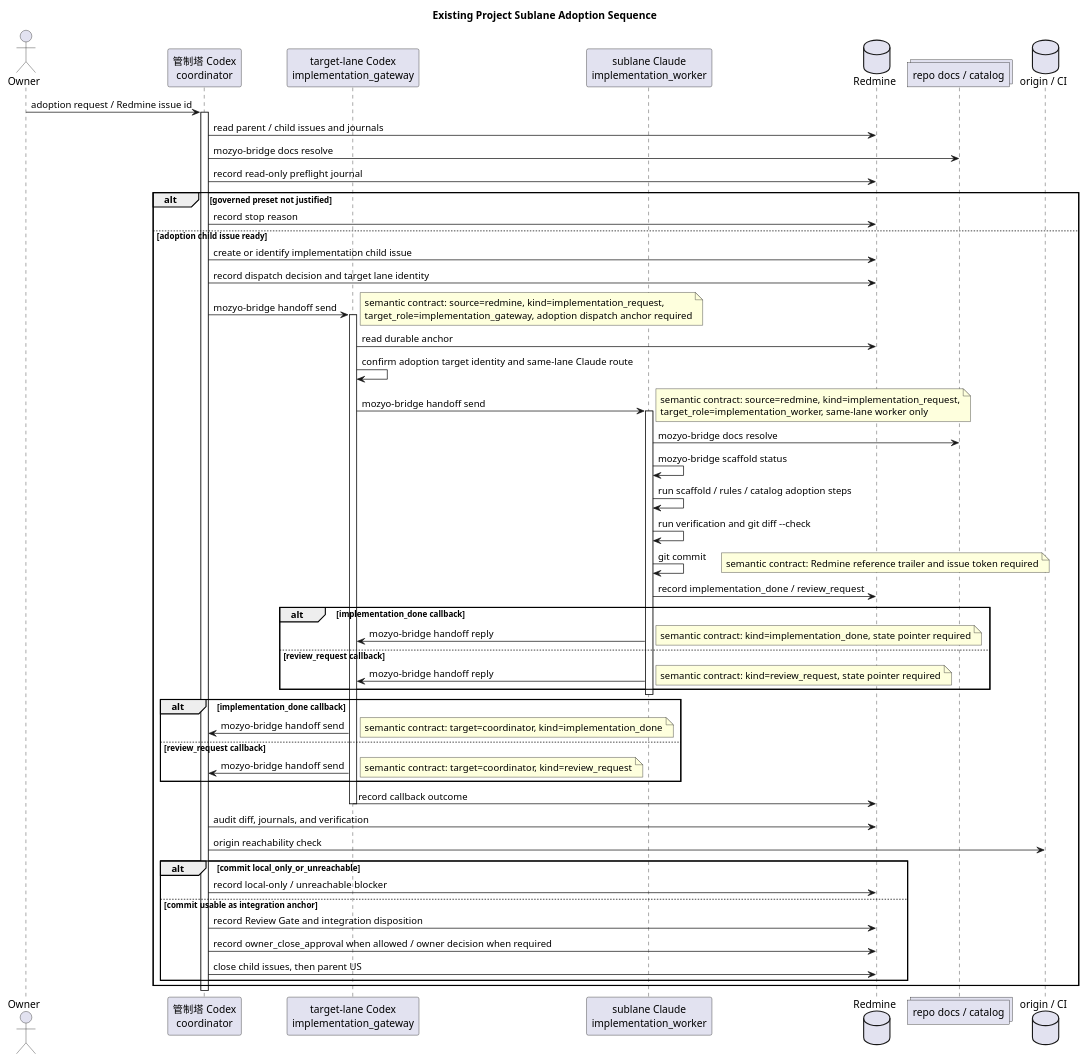
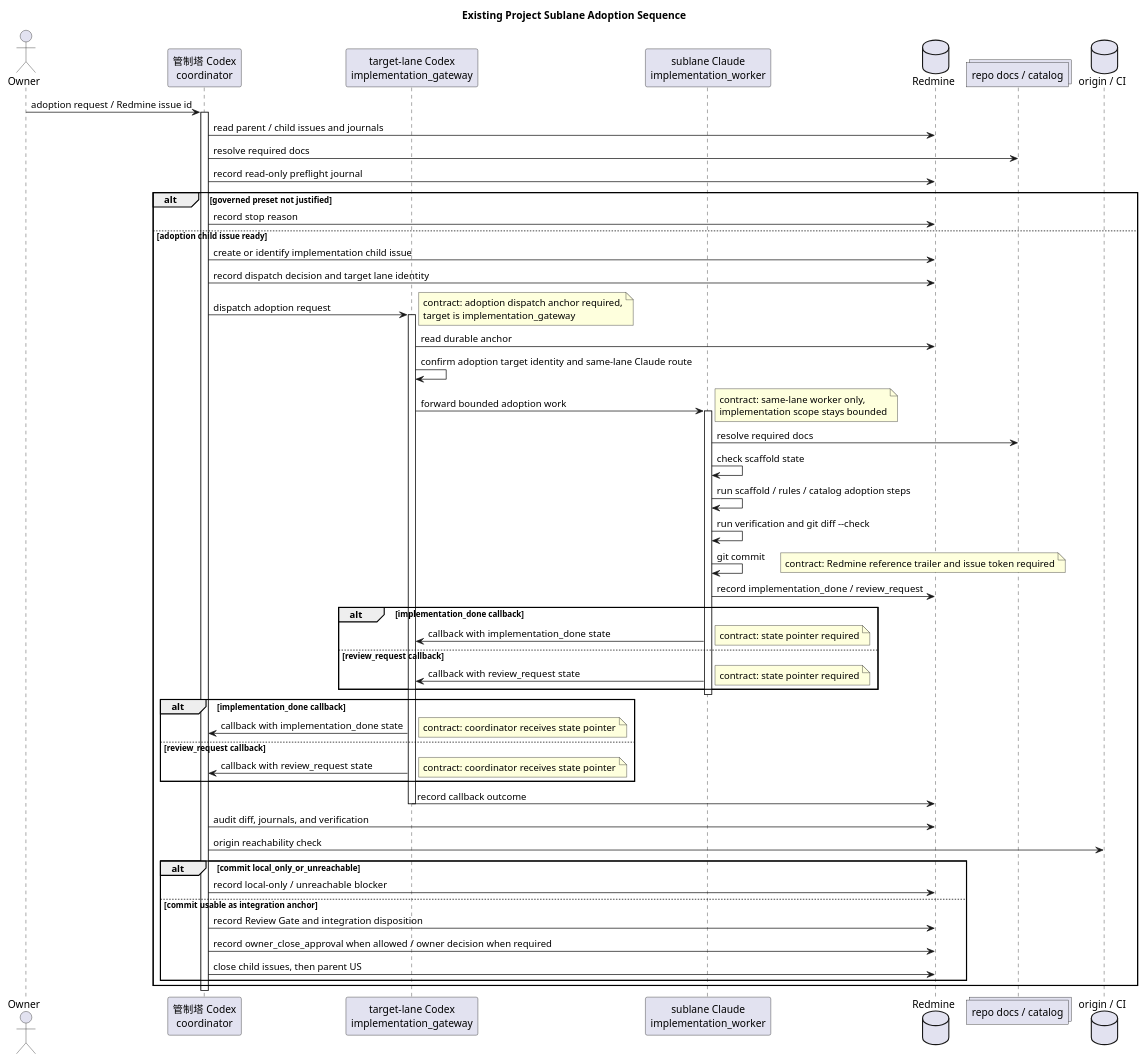
One commit to hollySizzle/mozyo_bridge changed the diagram in vibes/docs/logics/existing-project-sublane-adoption.md. Above: the diagram before and after it, drawn with PlantUML. The commit also changed other lines of this file and 2 other files, not shown here.

Commit message:
docs: abstract lane sequence labels
Refs: Redmine #12676

issue_12676

````diff
--- a/vibes/docs/logics/existing-project-sublane-adoption.md
+++ b/vibes/docs/logics/existing-project-sublane-adoption.md
@@ -52,76 +52,76 @@
 ```plantuml
 @startuml existing_project_sublane_adoption_sequence
 title Existing Project Sublane Adoption Sequence
 
 actor Owner
 participant "管制塔 Codex\ncoordinator" as Coordinator
 participant "target-lane Codex\nimplementation_gateway" as Gateway
 participant "sublane Claude\nimplementation_worker" as Worker
 database Redmine
 collections "repo docs / catalog" as Docs
 database "origin / CI" as Origin
 
 Owner -> Coordinator: adoption request / Redmine issue id
 activate Coordinator
 Coordinator -> Redmine: read parent / child issues and journals
-Coordinator -> Docs: mozyo-bridge docs resolve
+Coordinator -> Docs: resolve required docs
 Coordinator -> Redmine: record read-only preflight journal
 
 alt governed preset not justified
   Coordinator -> Redmine: record stop reason
 else adoption child issue ready
   Coordinator -> Redmine: create or identify implementation child issue
   Coordinator -> Redmine: record dispatch decision and target lane identity
-  Coordinator -> Gateway: mozyo-bridge handoff send
+  Coordinator -> Gateway: dispatch adoption request
   note right
-    semantic contract: source=redmine, kind=implementation_request,
-    target_role=implementation_gateway, adoption dispatch anchor required
+    contract: adoption dispatch anchor required,
+    target is implementation_gateway
   end note
   activate Gateway
   Gateway -> Redmine: read durable anchor
   Gateway -> Gateway: confirm adoption target identity and same-lane Claude route
-  Gateway -> Worker: mozyo-bridge handoff send
+  Gateway -> Worker: forward bounded adoption work
   note right
-    semantic contract: source=redmine, kind=implementation_request,
-    target_role=implementation_worker, same-lane worker only
+    contract: same-lane worker only,
+    implementation scope stays bounded
   end note
   activate Worker
-  Worker -> Docs: mozyo-bridge docs resolve
-  Worker -> Worker: mozyo-bridge scaffold status
+  Worker -> Docs: resolve required docs
+  Worker -> Worker: check scaffold state
   Worker -> Worker: run scaffold / rules / catalog adoption steps
   Worker -> Worker: run verification and git diff --check
   Worker -> Worker: git commit
-  note right: semantic contract: Redmine reference trailer and issue token required
+  note right: contract: Redmine reference trailer and issue token required
   Worker -> Redmine: record implementation_done / review_request
   alt implementation_done callback
-    Worker -> Gateway: mozyo-bridge handoff reply
-    note right: semantic contract: kind=implementation_done, state pointer required
+    Worker -> Gateway: callback with implementation_done state
+    note right: contract: state pointer required
   else review_request callback
-    Worker -> Gateway: mozyo-bridge handoff reply
-    note right: semantic contract: kind=review_request, state pointer required
+    Worker -> Gateway: callback with review_request state
+    note right: contract: state pointer required
   end
   deactivate Worker
 
   alt implementation_done callback
-    Gateway -> Coordinator: mozyo-bridge handoff send
-    note right: semantic contract: target=coordinator, kind=implementation_done
+    Gateway -> Coordinator: callback with implementation_done state
+    note right: contract: coordinator receives state pointer
   else review_request callback
-    Gateway -> Coordinator: mozyo-bridge handoff send
-    note right: semantic contract: target=coordinator, kind=review_request
+    Gateway -> Coordinator: callback with review_request state
+    note right: contract: coordinator receives state pointer
   end
   Gateway -> Redmine: record callback outcome
   deactivate Gateway
 
   Coordinator -> Redmine: audit diff, journals, and verification
   Coordinator -> Origin: origin reachability check
   alt commit local_only_or_unreachable
     Coordinator -> Redmine: record local-only / unreachable blocker
   else commit usable as integration anchor
     Coordinator -> Redmine: record Review Gate and integration disposition
     Coordinator -> Redmine: record owner_close_approval when allowed / owner decision when required
     Coordinator -> Redmine: close child issues, then parent US
   end
 end
 deactivate Coordinator
 @enduml
 ```
````
